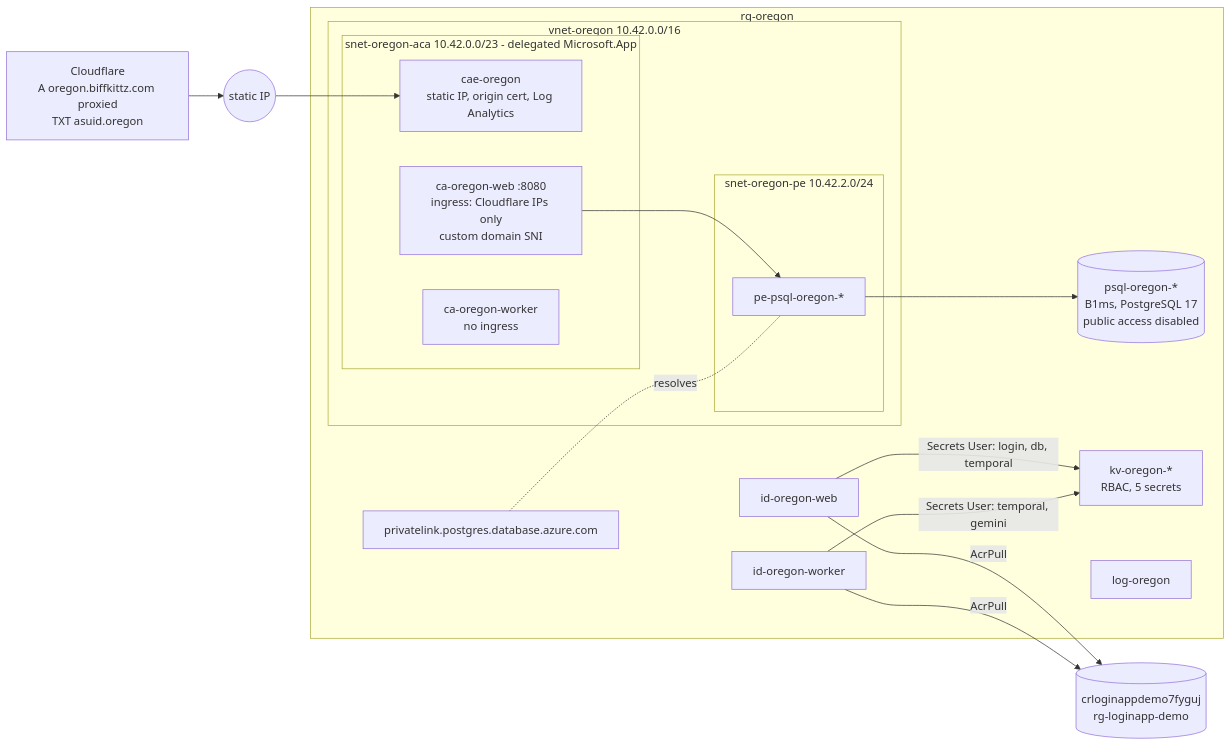
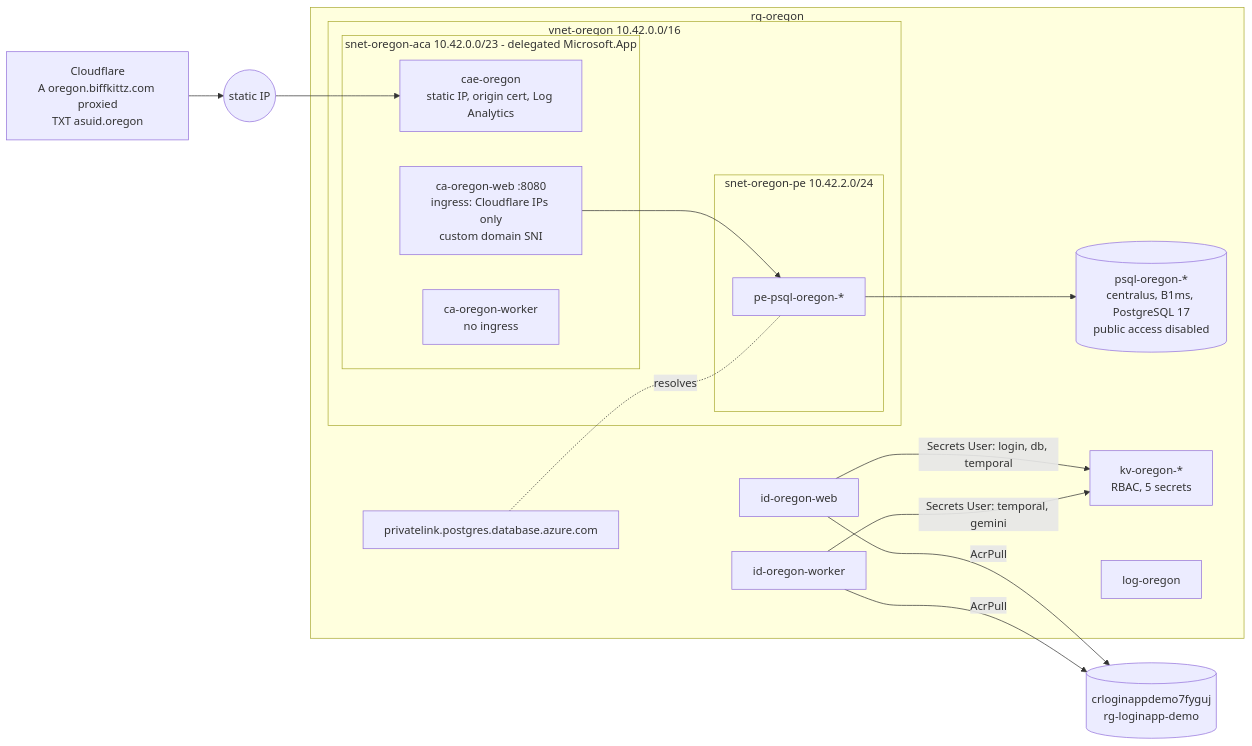
Before and after one commit to biffkittz/operation-oregon-trail: the diagram in infra/README.md, drawn with Mermaid. The commit also changed other lines of this file and 17 other files, not shown here.

````diff
--- a/infra/README.md
+++ b/infra/README.md
@@ -7,30 +7,30 @@
 ```mermaid
 flowchart LR
   CF[Cloudflare<br/>A oregon.biffkittz.com proxied<br/>TXT asuid.oregon] --> IP
   subgraph RG[rg-oregon]
     subgraph VNET[vnet-oregon 10.42.0.0/16]
       subgraph SACA[snet-oregon-aca 10.42.0.0/23 - delegated Microsoft.App]
         ENV[cae-oregon<br/>static IP, origin cert, Log Analytics]
         WEB[ca-oregon-web :8080<br/>ingress: Cloudflare IPs only<br/>custom domain SNI]
         WRK[ca-oregon-worker<br/>no ingress]
       end
       subgraph SPE[snet-oregon-pe 10.42.2.0/24]
         PE[pe-psql-oregon-*]
       end
     end
-    PG[(psql-oregon-*<br/>B1ms, PostgreSQL 17<br/>public access disabled)]
+    PG[(psql-oregon-*<br/>centralus, B1ms, PostgreSQL 17<br/>public access disabled)]
     KV[kv-oregon-*<br/>RBAC, 5 secrets]
     LAW[log-oregon]
     IDW[id-oregon-web]
     IDK[id-oregon-worker]
     DNSZ[privatelink.postgres.database.azure.com]
   end
   ACR[(crloginappdemo7fyguj<br/>rg-loginapp-demo)]
   IP((static IP)) --> ENV
   WEB --> PE --> PG
   DNSZ -. resolves .- PE
   IDW -- AcrPull --> ACR
   IDK -- AcrPull --> ACR
   IDW -- Secrets User: login, db, temporal --> KV
   IDK -- Secrets User: temporal, gemini --> KV
 ```
````
